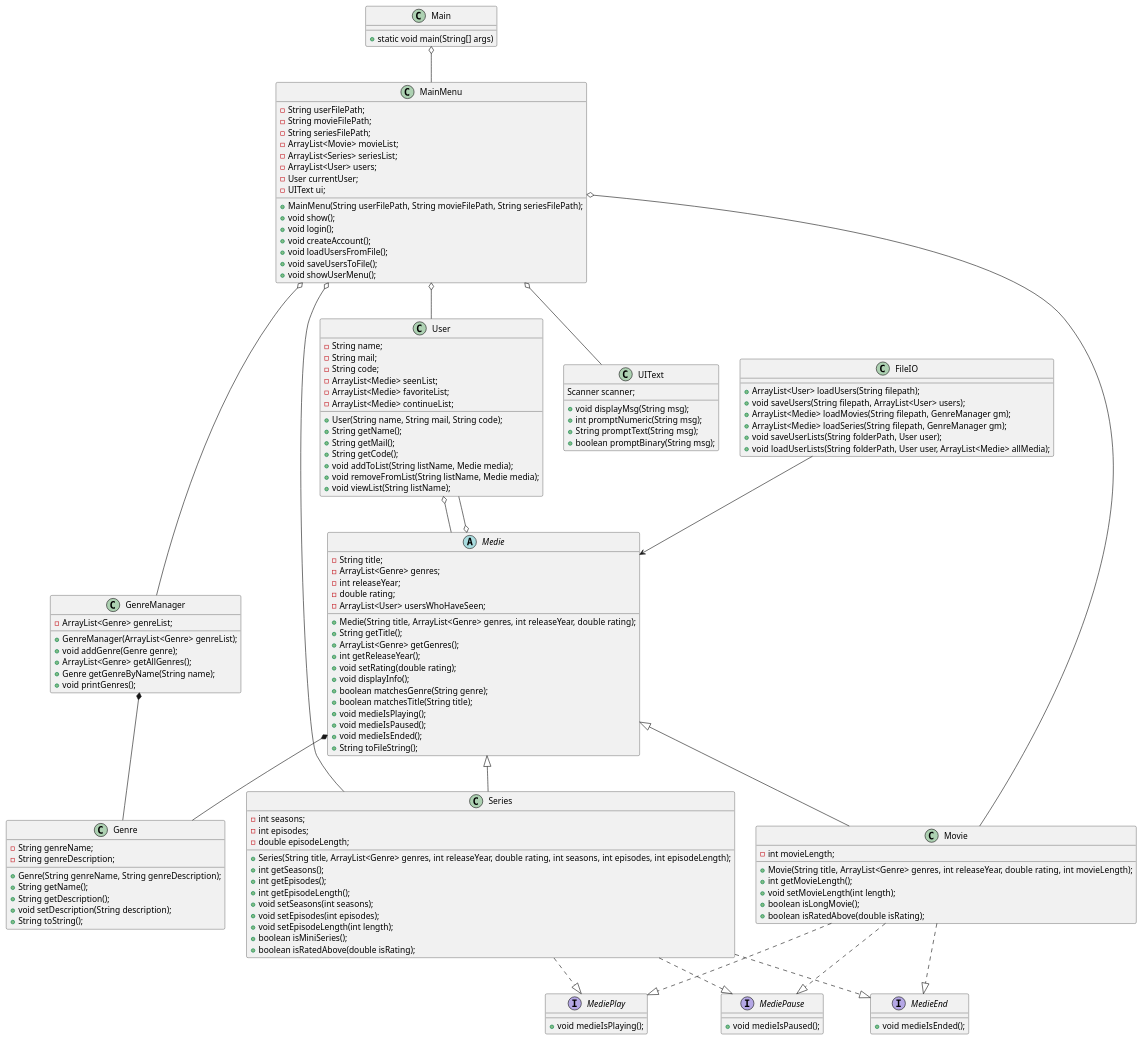
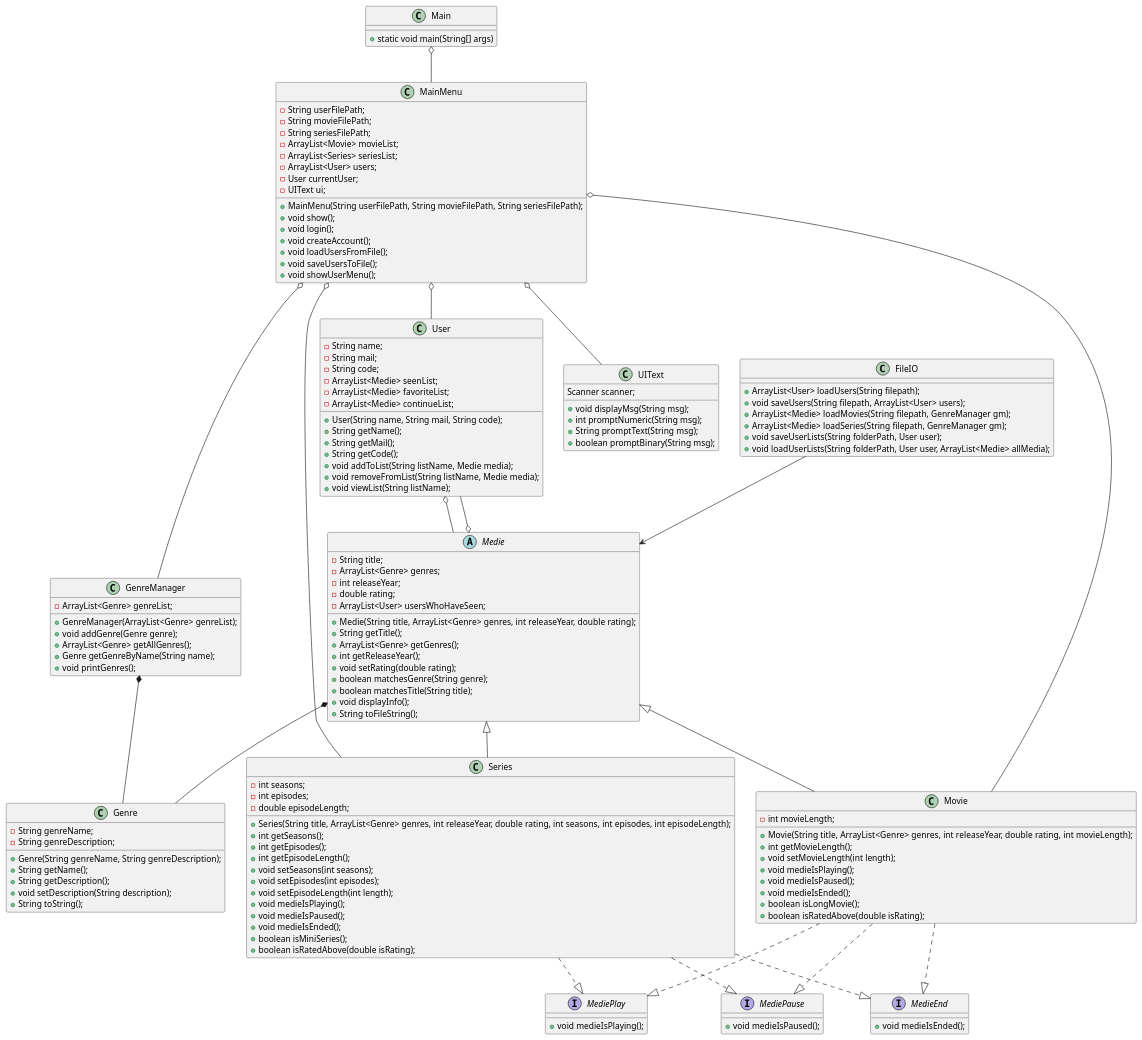
The diagram in doc/classdiagram_v1.puml (KhattabE/SP3), drawn with PlantUML before and after one commit. The commit also changed 1 other file, not shown here.

Commit message:
Updated class diagram, and made matchesGenre Method

```diff
--- a/doc/classdiagram_v1.puml
+++ b/doc/classdiagram_v1.puml
@@ -1,170 +1,173 @@
 @startuml
 'https://plantuml.com/class-diagram
 
 class Main{
     +static void main(String[] args)
 }
 
 
 
 class MainMenu {
     -String userFilePath;
     -String movieFilePath;
     -String seriesFilePath;
     + MainMenu(String userFilePath, String movieFilePath, String seriesFilePath);
     -ArrayList<Movie> movieList;
     -ArrayList<Series> seriesList;
     -ArrayList<User> users;
     -User currentUser;
     -UIText ui;
 
     +void show();
     +void login();
     +void createAccount();
     +void loadUsersFromFile();
     +void saveUsersToFile();
     +void showUserMenu();
 }
 
 class UIText {
         Scanner scanner;
         +void displayMsg(String msg);
         +int promptNumeric(String msg);
         +String promptText(String msg);
         +boolean promptBinary(String msg);
 }
 
 class FileIO {
     +ArrayList<User> loadUsers(String filepath);
     +void saveUsers(String filepath, ArrayList<User> users);
     +ArrayList<Medie> loadMovies(String filepath, GenreManager gm);
     +ArrayList<Medie> loadSeries(String filepath, GenreManager gm);
     +void saveUserLists(String folderPath, User user);
     +void loadUserLists(String folderPath, User user, ArrayList<Medie> allMedia);
 }
 
 interface MediePlay {
     +void medieIsPlaying();
 }
 
 interface MediePause {
     +void medieIsPaused();
 }
 
 interface MedieEnd {
     +void medieIsEnded();
 }
 
 abstract class Medie {
     -String title;
     -ArrayList<Genre> genres;
     -int releaseYear;
     -double rating;
     -ArrayList<User> usersWhoHaveSeen;
 
     +Medie(String title, ArrayList<Genre> genres, int releaseYear, double rating);
     +String getTitle();
     +ArrayList<Genre> getGenres();
     +int getReleaseYear();
     +void setRating(double rating);
-    +void displayInfo();
     +boolean matchesGenre(String genre);
     +boolean matchesTitle(String title);
-    +void medieIsPlaying();
-    +void medieIsPaused();
-    +void medieIsEnded();
+    +void displayInfo();
     +String toFileString();
 }
 class Movie {
     -int movieLength;
 
     +Movie(String title, ArrayList<Genre> genres, int releaseYear, double rating, int movieLength);
     +int getMovieLength();
     +void setMovieLength(int length);
+    +void medieIsPlaying();
+    +void medieIsPaused();
+    +void medieIsEnded();
     +boolean isLongMovie();
     +boolean isRatedAbove(double isRating);
 }
 
 class Series {
     -int seasons;
     -int episodes;
     -double episodeLength;
     +Series(String title, ArrayList<Genre> genres, int releaseYear, double rating, int seasons, int episodes, int episodeLength);
     +int getSeasons();
     +int getEpisodes();
     +int getEpisodeLength();
     +void setSeasons(int seasons);
     +void setEpisodes(int episodes);
     +void setEpisodeLength(int length);
+    +void medieIsPlaying();
+    +void medieIsPaused();
+    +void medieIsEnded();
     +boolean isMiniSeries();
     +boolean isRatedAbove(double isRating);
 }
 
 class User {
     -String name;
     -String mail;
     -String code;
     -ArrayList<Medie> seenList;
     -ArrayList<Medie> favoriteList;
     -ArrayList<Medie> continueList;
     +User(String name, String mail, String code);
     +String getName();
     +String getMail();
     +String getCode();
     +void addToList(String listName, Medie media);
     +void removeFromList(String listName, Medie media);
     +void viewList(String listName);
 }
 
 class Genre {
     -String genreName;
     -String genreDescription;
     +Genre(String genreName, String genreDescription);
     +String getName();
     +String getDescription();
     +void setDescription(String description);
     +String toString();
 }
 
 class GenreManager {
     -ArrayList<Genre> genreList;
     +GenreManager(ArrayList<Genre> genreList);
     +void addGenre(Genre genre);
     +ArrayList<Genre> getAllGenres();
     +Genre getGenreByName(String name);
     +void printGenres();
 }
 
 ' IS-A relationships
 Medie <|-- Movie
 Medie <|-- Series
 
 Movie ..|> MediePlay
 Movie ..|> MediePause
 Movie ..|> MedieEnd
 
 Series ..|> MediePlay
 Series ..|> MediePause
 Series ..|> MedieEnd
 
 
 
 ' HAS-A relationships
 MainMenu o-- User
 MainMenu o-- UIText
 MainMenu o-- Movie
 MainMenu o-- Series
 MainMenu o-- GenreManager
 
 User o-- Medie
 Medie *-- Genre
 Medie o-- User
 
 GenreManager *-- Genre
 
 FileIO --> Medie
 Main o-- MainMenu
 
 
 
 @enduml
```
